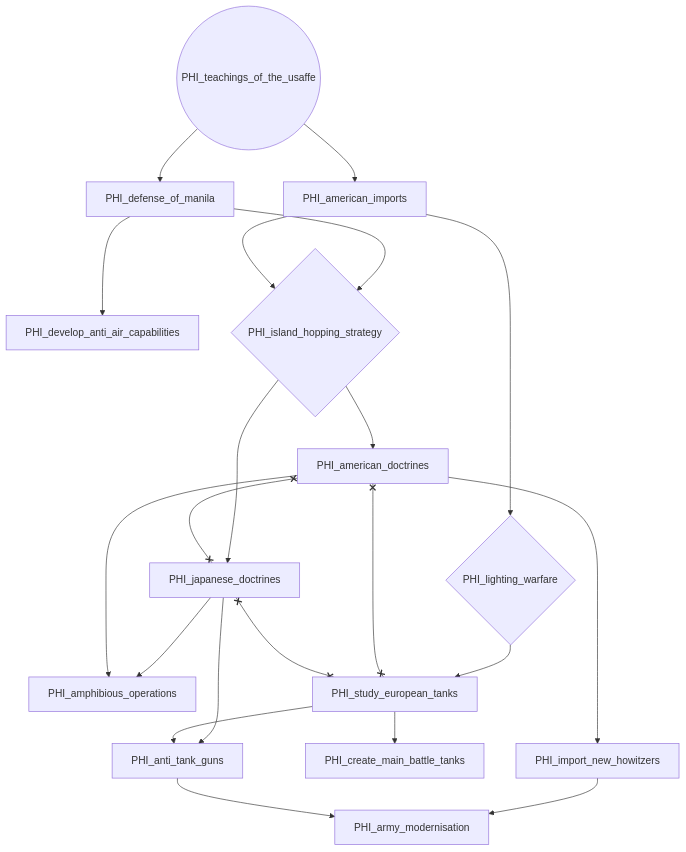
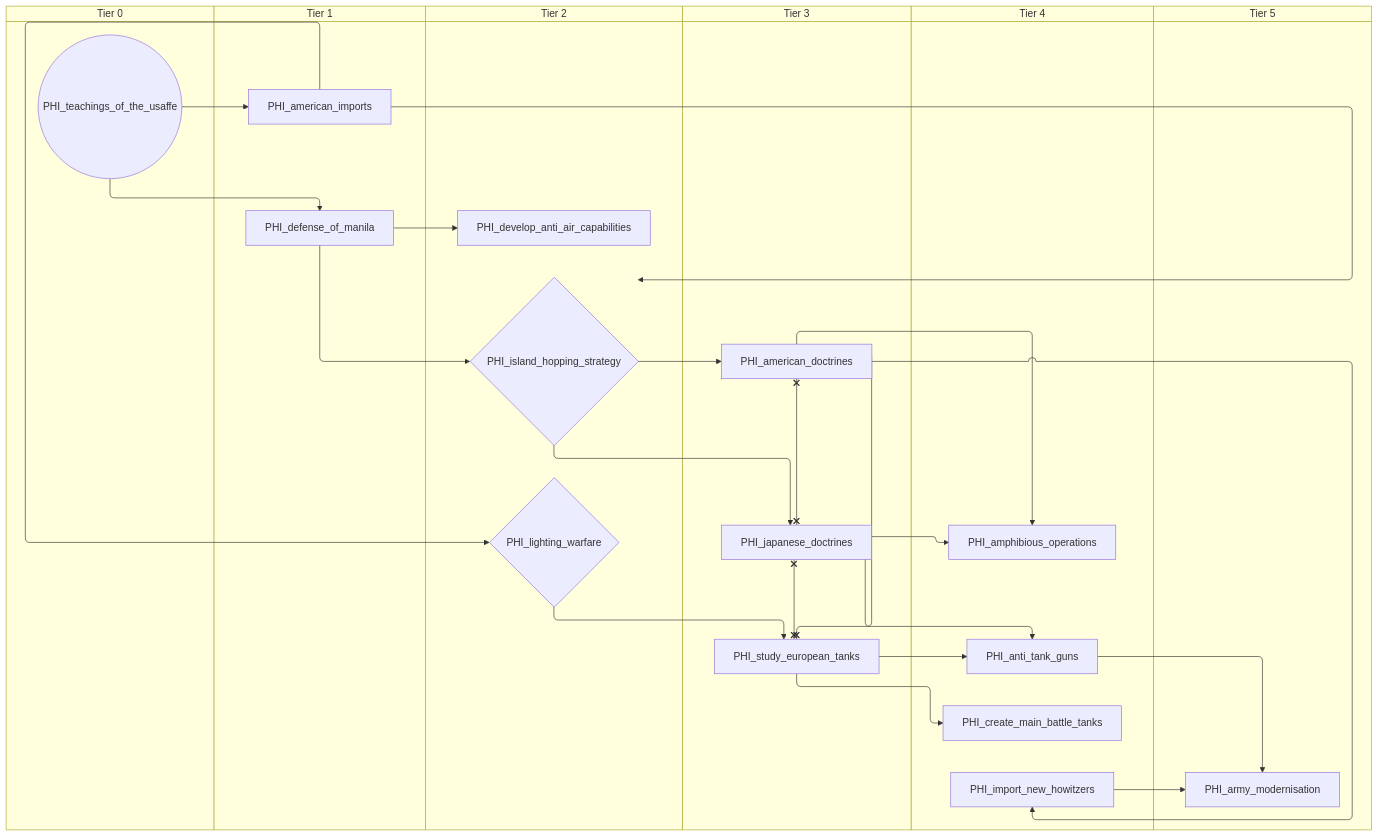
Before and after one commit to evgeny-sobol/hoi4-sandbox-mode-r56: the fourth of 5 diagrams in docs/gdd/National Focuses/r56_philippines.md, drawn with Mermaid. The commit also changed other lines of this file and 423 other files, not shown here.

First line of the commit message:
Re-export Rt56 focus trees as swimlane diagrams

````diff
--- a/docs/gdd/National Focuses/r56_philippines.md
+++ b/docs/gdd/National Focuses/r56_philippines.md
@@ -213,37 +259,49 @@
 ```mermaid
-flowchart TD
-    n78["PHI_american_doctrines"]
-    n79["PHI_american_imports"]
-    n80["PHI_amphibious_operations"]
-    n81["PHI_anti_tank_guns"]
-    n82["PHI_army_modernisation"]
-    n83["PHI_create_main_battle_tanks"]
-    n84["PHI_defense_of_manila"]
-    n85["PHI_develop_anti_air_capabilities"]
-    n86["PHI_import_new_howitzers"]
-    n87{"PHI_island_hopping_strategy"}
-    n88["PHI_japanese_doctrines"]
-    n89{"PHI_lighting_warfare"}
-    n90["PHI_study_european_tanks"]
-    n91(("PHI_teachings_of_the_usaffe"))
-    n87 --> n78
-    n91 --> n79
-    n88 --> n80
+swimlane-beta TD
+    subgraph tier_0["Tier 0"]
+        n78(("PHI_teachings_of_the_usaffe"))
+    end
+    subgraph tier_1["Tier 1"]
+        n79["PHI_american_imports"]
+        n80["PHI_defense_of_manila"]
+    end
+    subgraph tier_2["Tier 2"]
+        n81["PHI_develop_anti_air_capabilities"]
+        n82{"PHI_island_hopping_strategy"}
+        n83{"PHI_lighting_warfare"}
+    end
+    subgraph tier_3["Tier 3"]
+        n84["PHI_american_doctrines"]
+        n85["PHI_japanese_doctrines"]
+        n86["PHI_study_european_tanks"]
+    end
+    subgraph tier_4["Tier 4"]
+        n87["PHI_amphibious_operations"]
+        n88["PHI_anti_tank_guns"]
+        n89["PHI_create_main_battle_tanks"]
+        n90["PHI_import_new_howitzers"]
+    end
+    subgraph tier_5["Tier 5"]
+        n91["PHI_army_modernisation"]
+    end
+    n82 --> n84
+    n78 --> n79
+    n85 --> n87
+    n84 --> n87
+    n85 --> n88
+    n86 --> n88
+    n90 --> n91
+    n88 --> n91
+    n86 --> n89
     n78 --> n80
-    n88 --> n81
-    n90 --> n81
-    n86 --> n82
-    n81 --> n82
-    n90 --> n83
-    n91 --> n84
-    n84 --> n85
-    n78 --> n86
-    n84 --> n87
-    n79 --> n87
-    n87 --> n88
-    n79 --> n89
-    n89 --> n90
-    n78 x--x n88
-    n78 x--x n90
-    n88 x--x n90
+    n80 --> n81
+    n84 --> n90
+    n80 --> n82
+    n79 --> n82
+    n82 --> n85
+    n79 --> n83
+    n83 --> n86
+    n84 x--x n85
+    n84 x--x n86
+    n85 x--x n86
 ```
````
